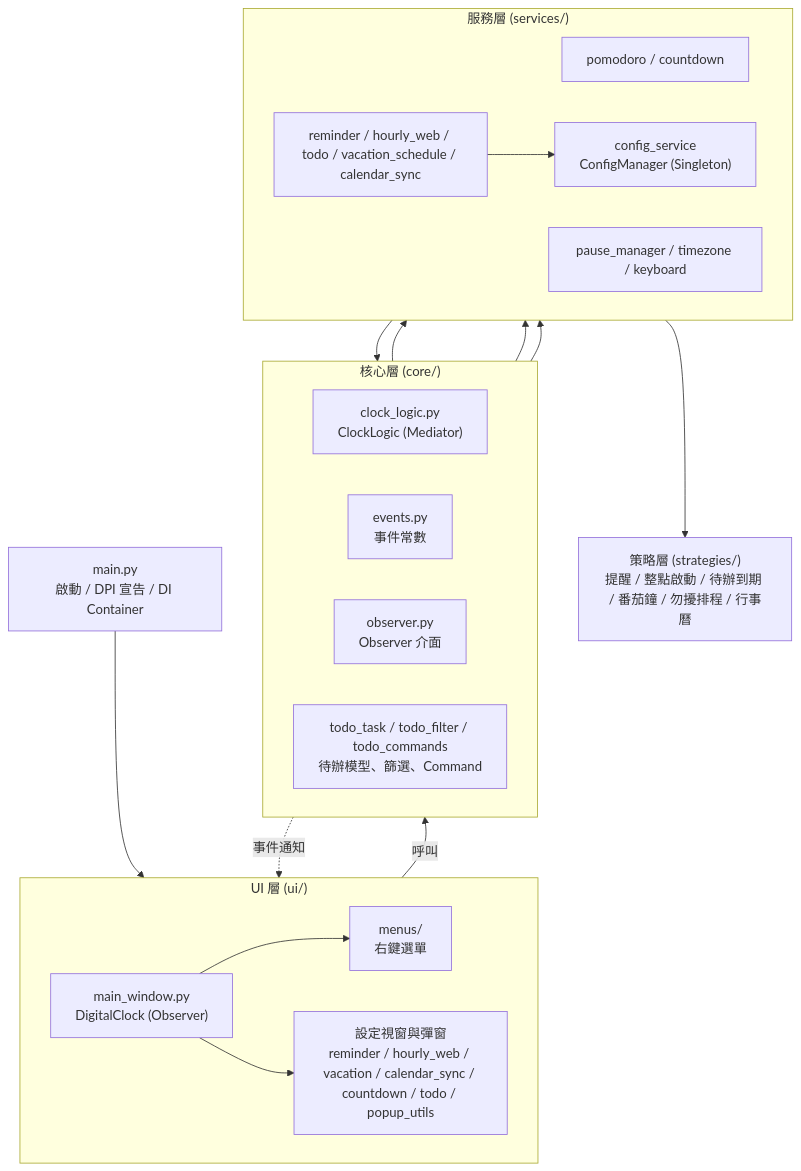
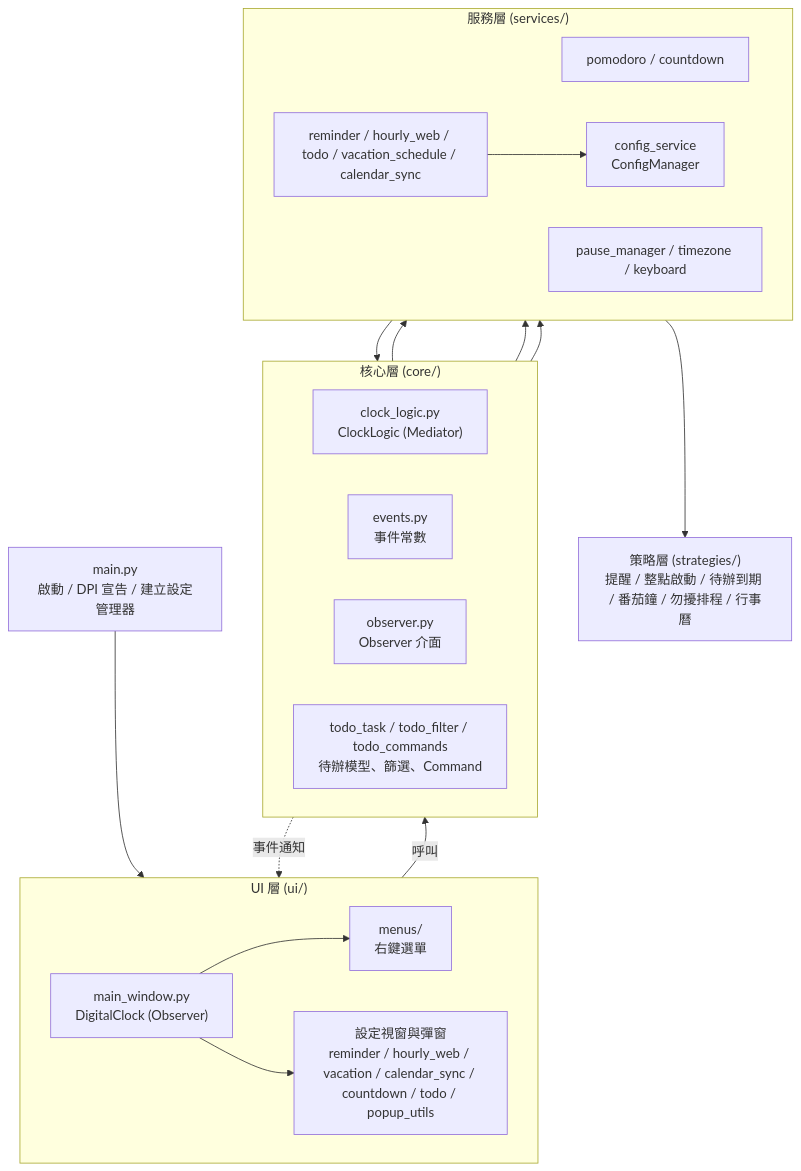
Before and after one commit to eric999j/digital_clock: the diagram in README.md, drawn with Mermaid. The commit also changed other lines of this file and 25 other files, not shown here.

````diff
--- a/README.md
+++ b/README.md
@@ -170,41 +169,41 @@
 ```mermaid
 flowchart TB
-    MAIN["main.py<br/>啟動 / DPI 宣告 / DI Container"]
+    MAIN["main.py<br/>啟動 / DPI 宣告 / 建立設定管理器"]
 
     subgraph UI_Layer["UI 層 (ui/)"]
         direction LR
         WINDOW["main_window.py<br/>DigitalClock (Observer)"]
         MENUS["menus/<br/>右鍵選單"]
         DIALOGS["設定視窗與彈窗<br/>reminder / hourly_web / vacation / calendar_sync / countdown / todo / popup_utils"]
     end
 
     subgraph Core_Layer["核心層 (core/)"]
         direction LR
         LOGIC["clock_logic.py<br/>ClockLogic (Mediator)"]
         EVT["events.py<br/>事件常數"]
         OBS["observer.py<br/>Observer 介面"]
         TODOCORE["todo_task / todo_filter / todo_commands<br/>待辦模型、篩選、Command"]
     end
 
     subgraph Service_Layer["服務層 (services/)"]
         direction LR
         POMO["pomodoro / countdown"]
         REMS["reminder / hourly_web / todo / vacation_schedule / calendar_sync"]
         MISC["pause_manager / timezone / keyboard"]
-        CFG["config_service<br/>ConfigManager (Singleton)"]
+        CFG["config_service<br/>ConfigManager"]
     end
 
     STR["策略層 (strategies/)<br/>提醒 / 整點啟動 / 待辦到期 / 番茄鐘 / 勿擾排程 / 行事曆"]
 
     MAIN --> WINDOW
     WINDOW --> MENUS
     WINDOW --> DIALOGS
     WINDOW -->|呼叫| LOGIC
     LOGIC -.->|事件通知| WINDOW
     LOGIC --> POMO
     LOGIC --> REMS
     LOGIC --> MISC
     REMS --> STR
     REMS --> TODOCORE
     REMS --> CFG
 ```
````
